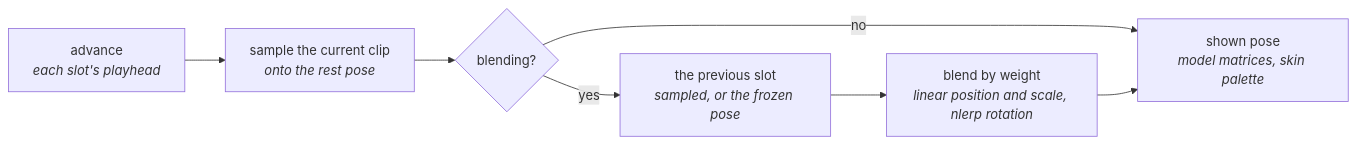
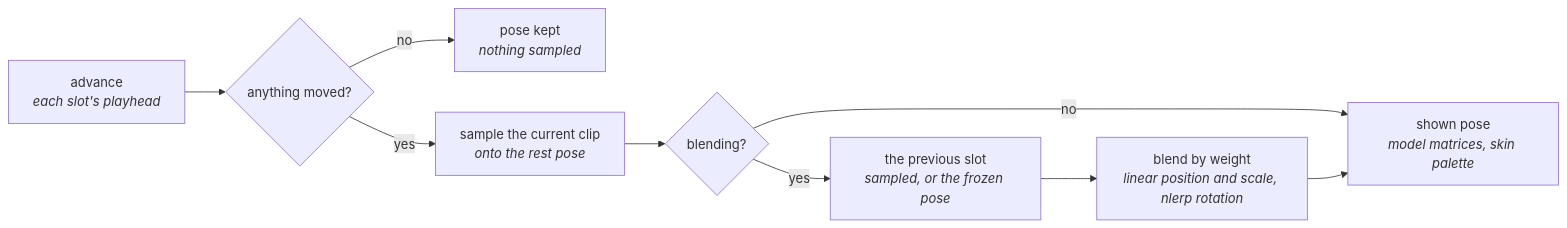
The fourth of 5 diagrams in docs/Animation-Tracks.md (jose-villegas/autana), drawn with Mermaid before and after one commit. The commit also changed other lines of this file and 15 other files, not shown here.

````diff
--- a/docs/Animation-Tracks.md
+++ b/docs/Animation-Tracks.md
@@ -369,9 +369,11 @@
 ```mermaid
 flowchart LR
-    Advance["advance<br/><i>each slot's playhead</i>"] --> Current["sample the current clip<br/><i>onto the rest pose</i>"]
+    Advance["advance<br/><i>each slot's playhead</i>"] --> Changed{"anything moved?"}
+    Changed -- no --> Kept["pose kept<br/><i>nothing sampled</i>"]
+    Changed -- yes --> Current["sample the current clip<br/><i>onto the rest pose</i>"]
     Current --> Blending{"blending?"}
     Blending -- no --> Shown["shown pose<br/><i>model matrices, skin palette</i>"]
     Blending -- yes --> Previous["the previous slot<br/><i>sampled, or the frozen pose</i>"]
     Previous --> Blend["blend by weight<br/><i>linear position and scale, nlerp rotation</i>"]
     Blend --> Shown
 ```
````
